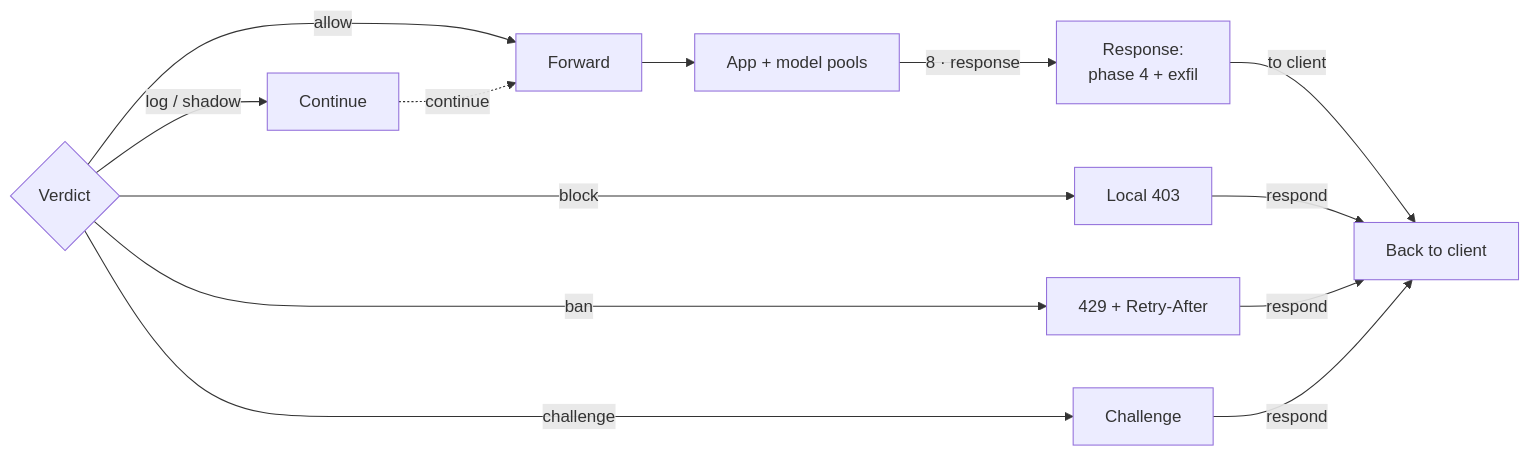
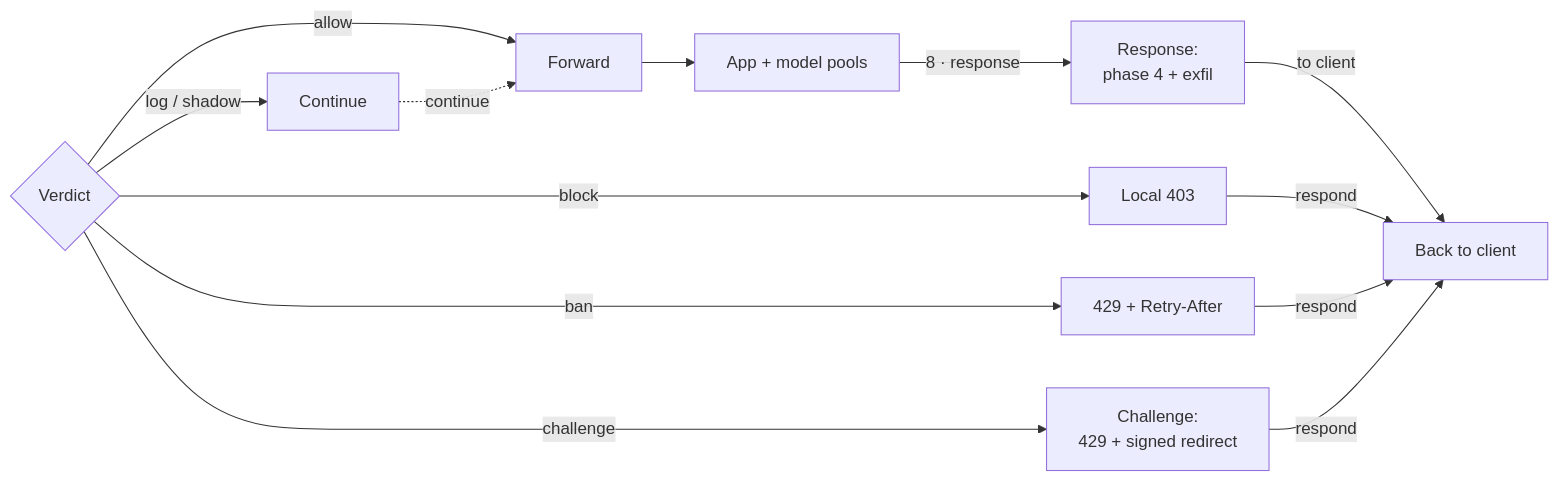
The third of 5 diagrams in index.qmd (trishula-dev/trishula-website), drawn with Mermaid before and after one commit. The commit also changed other lines of this file and 2 other files, not shown here.

Commit message:
docs(recipes): TR-195 recipes 9 and 10 — the manual ban rule and the shield DoS runner; the GA-track roadmap row; the diagrams state the shipped shapes (#71)

````diff
--- a/index.qmd
+++ b/index.qmd
@@ -141,18 +141,18 @@
 ```{mermaid}
 %%| label: fig-verdicts
 %%| fig-cap: "The verdicts and the response: allow forwards; block, ban and challenge answer locally; log and shadow mark and continue. State returns follow in [the state figure](#fig-state)."
 flowchart LR
     VD{"Verdict"} -->|allow| VA["Forward"] --> POOL["App + model pools"]
     POOL -->|"8 · response"| RP["Response:<br/>phase 4 + exfil"] -->|to client| OUT["Back to client"]
     VD -->|block| VB["Local 403"]
     VD -->|ban| VN["429 + Retry-After"]
-    VD -->|challenge| VCh["Challenge"]
+    VD -->|challenge| VCh["Challenge:<br/>429 + signed redirect"]
     VD -->|"log / shadow"| VL["Continue"]
     VB -->|respond| OUT
     VN -->|respond| OUT
     VCh -->|respond| OUT
     VL -.->|continue| VA
 
     click OUT "#fig-kernel" "Back to the edge"
     click VD "#fig-ladder" "Back to the ladder"
 ```
````
